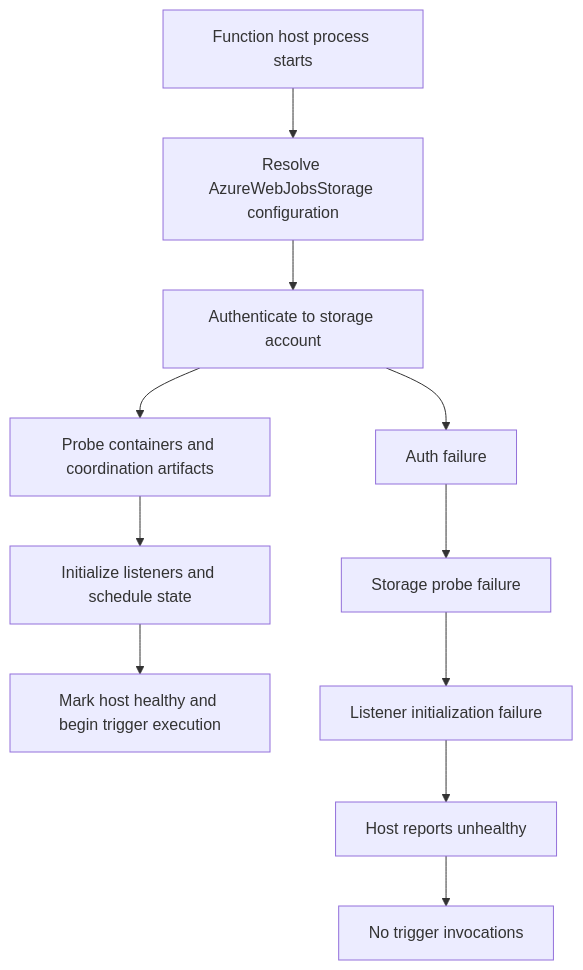
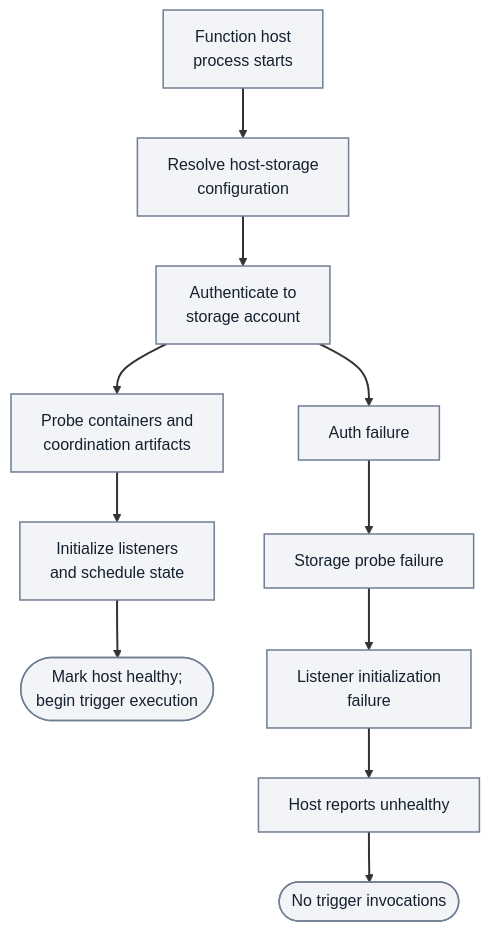
The first of 5 diagrams in docs/troubleshooting/lab-guides/storage-access-failure.md (yeongseon/azure-functions-practical-guide), drawn with Mermaid before and after one commit. The commit also changed other lines of this file and 1 other file, not shown here.

First line of the commit message:
docs(diagrams): migrate Functions lab storage network auth — storage access failure (#444)

````diff
--- a/docs/troubleshooting/lab-guides/storage-access-failure.md
+++ b/docs/troubleshooting/lab-guides/storage-access-failure.md
@@ -162,14 +147,18 @@
 ```mermaid
 flowchart TD
-    A[Function host process starts] --> B[Resolve AzureWebJobsStorage configuration]
-    B --> C[Authenticate to storage account]
-    C --> D[Probe containers and coordination artifacts]
-    D --> E[Initialize listeners and schedule state]
-    E --> F[Mark host healthy and begin trigger execution]
-
-    C --> G[Auth failure]
-    G --> H[Storage probe failure]
-    H --> I[Listener initialization failure]
-    I --> J[Host reports unhealthy]
-    J --> K[No trigger invocations]
+    accTitle: Azure Functions host-storage dependency paths
+    accDescr: Illustrative logical startup stages branch at storage authentication into initialization and healthy execution, or failed probes, failed listener initialization, unhealthy host and no trigger invocations. This is not a universal startup protocol or a new lab observation.
+    A["Function host<br/>process starts"] --> B["Resolve host-storage<br/>configuration"]
+    B --> C["Authenticate to<br/>storage account"]
+    C --> D["Probe containers and<br/>coordination artifacts"]
+    D --> E["Initialize listeners<br/>and schedule state"]
+    E --> F(["Mark host healthy;<br/>begin trigger execution"])
+    C --> G["Auth failure"]
+    G --> H["Storage probe failure"]
+    H --> I["Listener initialization<br/>failure"]
+    I --> J["Host reports unhealthy"]
+    J --> K(["No trigger invocations"])
+    classDef baseNeutral fill:#f2f4f8,stroke:#707e93,stroke-width:1.5px,color:#14202e;
+    class A,B,C,D,E,F,G,H,I,J,K baseNeutral;
+    linkStyle default stroke-width:2px;
 ```
````
